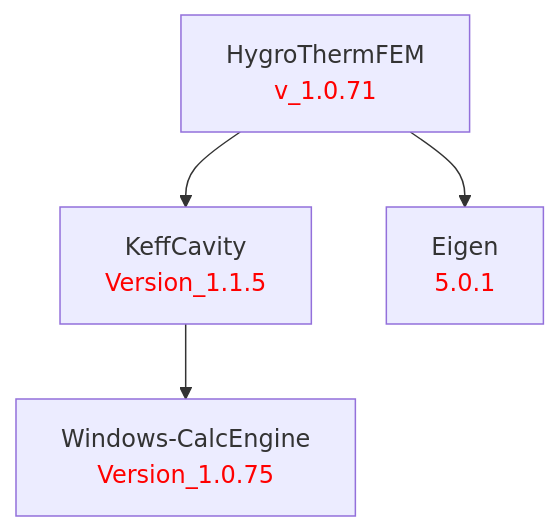
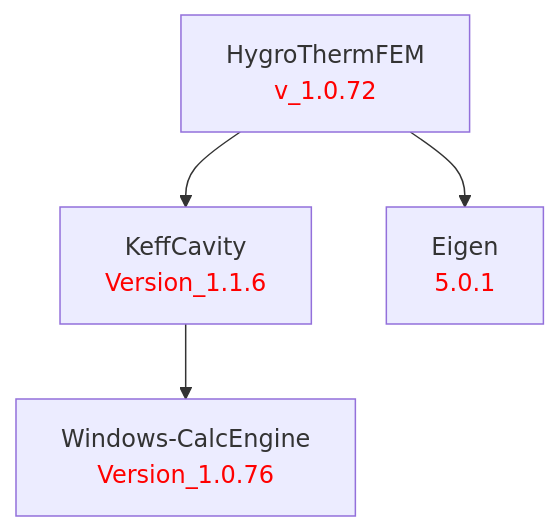
One commit to LBNL-ETA/HygroThermFEM changed the diagram in doc/HygroThermFEM.md. Above: the diagram before and after it, drawn with Mermaid. The commit also changed 1 other file, not shown here.

Commit message:
Bump to v_1.0.72; FileParse Version_1.1.6, KeffCavity Version_1.1.6; refresh dep chart

````diff
--- a/doc/HygroThermFEM.md
+++ b/doc/HygroThermFEM.md
@@ -1,13 +1,13 @@
 ```mermaid
 graph TD
     %% Package definitions
-    HygroThermFEM[HygroThermFEM<br/><font color='red'>v_1.0.71</font>]
-    KeffCavity[KeffCavity<br/><font color='red'>Version_1.1.5</font>]
+    HygroThermFEM[HygroThermFEM<br/><font color='red'>v_1.0.72</font>]
+    KeffCavity[KeffCavity<br/><font color='red'>Version_1.1.6</font>]
     Eigen[Eigen<br/><font color='red'>5.0.1</font>]
-    WindowsCalcEngine[Windows-CalcEngine<br/><font color='red'>Version_1.0.75</font>]
+    WindowsCalcEngine[Windows-CalcEngine<br/><font color='red'>Version_1.0.76</font>]
 
     %% Package relations
     HygroThermFEM --> KeffCavity
     HygroThermFEM --> Eigen
     KeffCavity --> WindowsCalcEngine
 ```
````
